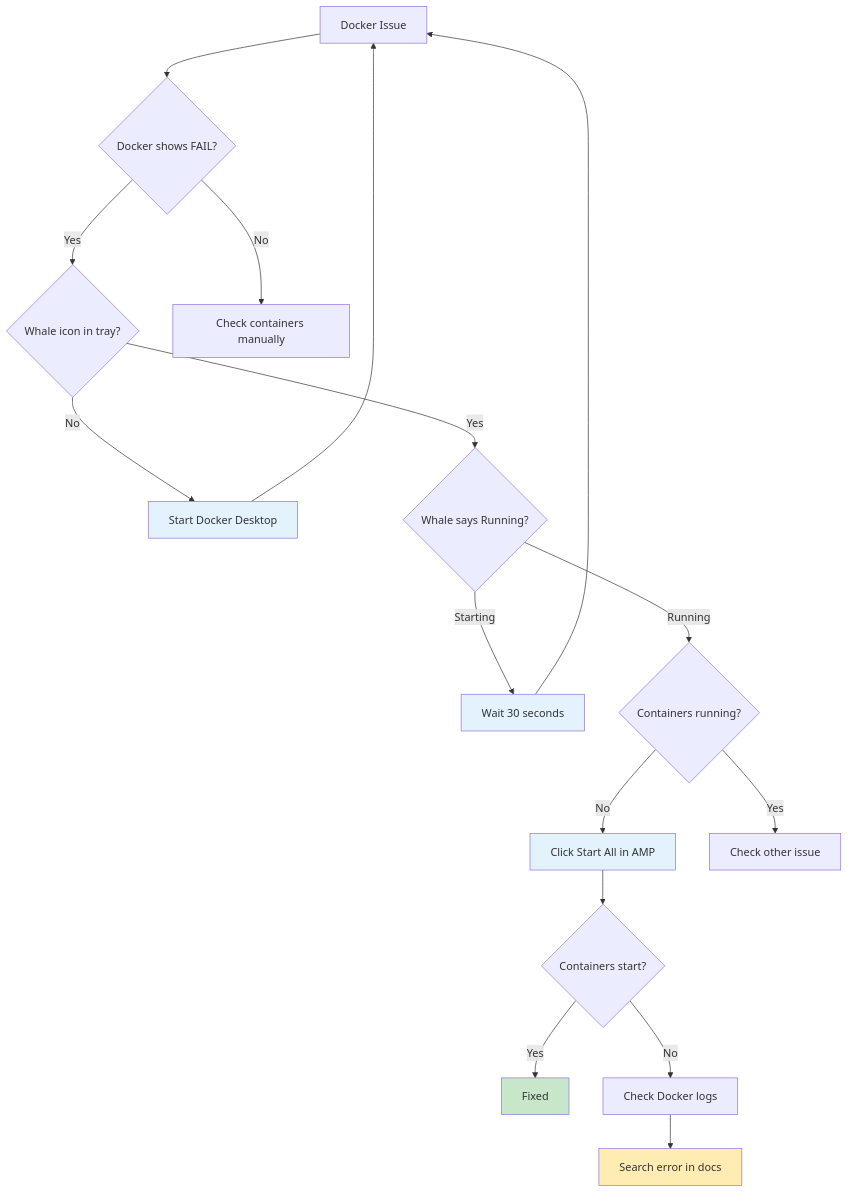
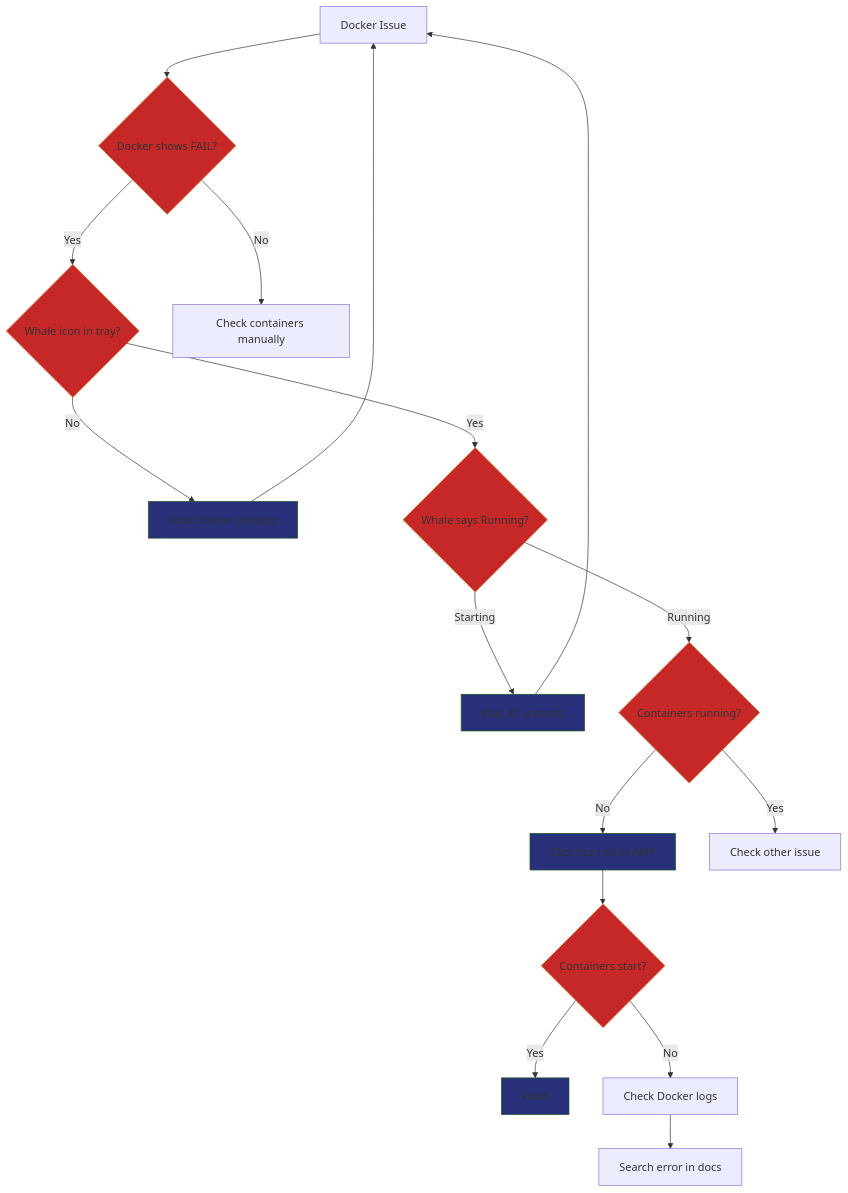
Before and after one commit to Amp-Manager/docs: the second of 6 diagrams in troubleshooting.md, drawn with Mermaid. The commit also changed other lines of this file and 7 other files, not shown here.

````diff
--- a/troubleshooting.md
+++ b/troubleshooting.md
@@ -27,29 +30,33 @@
 ```mermaid
 flowchart TD
     A[Docker Issue] --> B{Docker shows FAIL?}
     B -->|Yes| C{Whale icon in tray?}
     B -->|No| D[Check containers manually]
     
     C -->|No| E[Start Docker Desktop]
     C -->|Yes| F{Whale says Running?}
     
     F -->|Starting| G[Wait 30 seconds]
     F -->|Running| H{Containers running?}
     
     H -->|No| I[Click Start All in AMP]
     H -->|Yes| J[Check other issue]
     
     G --> A
     I --> K{Containers start?}
     K -->|Yes| L[Fixed]
     K -->|No| M[Check Docker logs]
     
     E --> A
     M --> N[Search error in docs]
     
-    style E fill:#e3f2fd
-    style G fill:#e3f2fd
-    style I fill:#e3f2fd
-    style L fill:#c8e6c9
-    style N fill:#ffecb3
+    style B fill:#c62828,stroke:#e65100
+    style C fill:#c62828,stroke:#e65100
+    style E fill:#273078,stroke:#1b5e20
+    style F fill:#c62828,stroke:#e65100
+    style H fill:#c62828,stroke:#e65100
+    style G fill:#273078,stroke:#1b5e20
+    style I fill:#273078,stroke:#1b5e20
+    style K fill:#c62828,stroke:#e65100
+    style L fill:#273078,stroke:#1b5e20
 ```
````
